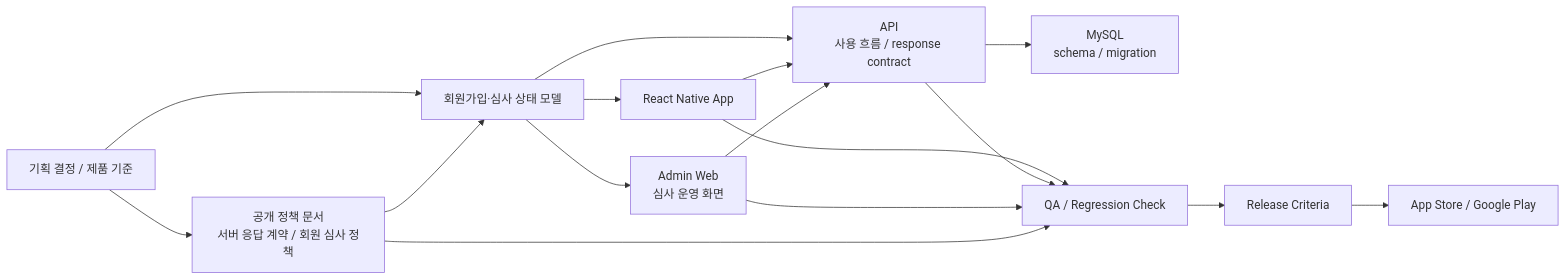
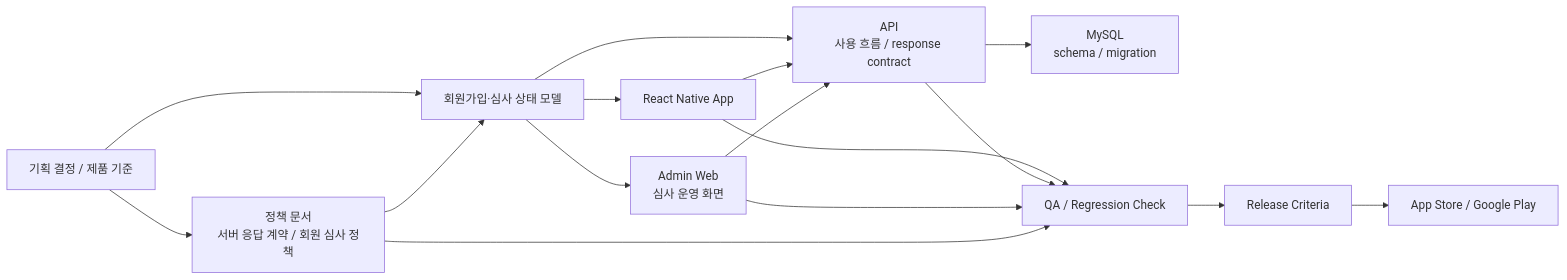
One commit to zmrdltl/portfolio changed the diagram in docs/projects/coupler.md. Above: the diagram before and after it, drawn with Mermaid. The commit also changed other lines of this file and 3 other files, not shown here.

````diff
--- a/docs/projects/coupler.md
+++ b/docs/projects/coupler.md
@@ -27,29 +27,29 @@
 ```mermaid
 flowchart LR
   decision["기획 결정 / 제품 기준"]
-  docs["공개 정책 문서\n서버 응답 계약 / 회원 심사 정책"]
+  docs["정책 문서\n서버 응답 계약 / 회원 심사 정책"]
   state["회원가입·심사 상태 모델"]
   app["React Native App"]
   api["API\n사용 흐름 / response contract"]
   admin["Admin Web\n심사 운영 화면"]
   db["MySQL\nschema / migration"]
   qa["QA / Regression Check"]
   release["Release Criteria"]
   stores["App Store / Google Play"]
 
   decision --> docs
   decision --> state
   docs --> state
   state --> app
   state --> api
   state --> admin
   app --> api
   admin --> api
   api --> db
   app --> qa
   api --> qa
   admin --> qa
   docs --> qa
   qa --> release
   release --> stores
 ```
````
